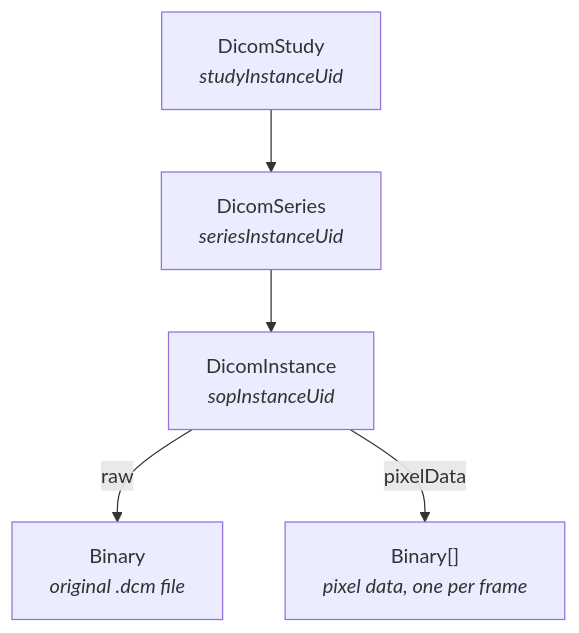
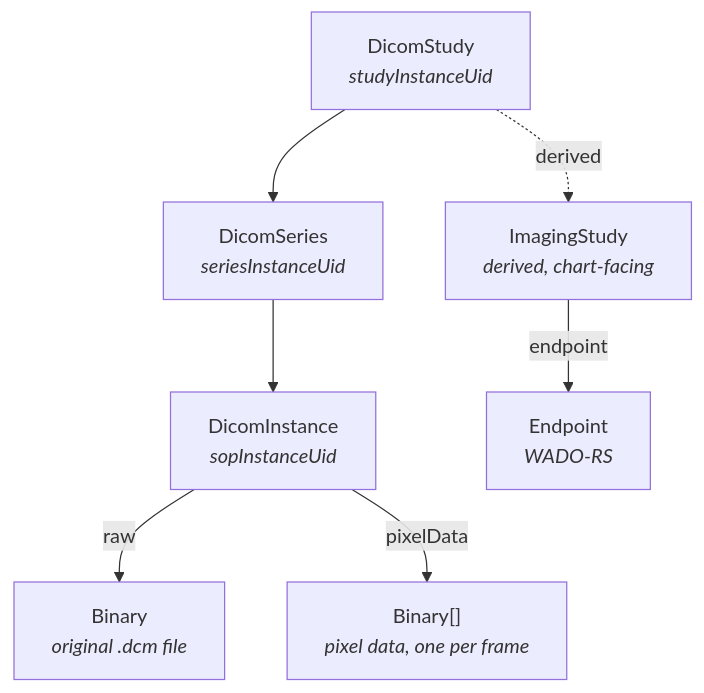
The diagram in packages/docs/docs/dicom/data-model.md (medplum/medplum), drawn with Mermaid before and after one commit. The commit also changed other lines of this file and 16 other files, not shown here.

````diff
--- a/packages/docs/docs/dicom/data-model.md
+++ b/packages/docs/docs/dicom/data-model.md
@@ -14,13 +18,17 @@
 ```mermaid
 flowchart TD
   Study["DicomStudy<br/><i>studyInstanceUid</i>"]
   Series["DicomSeries<br/><i>seriesInstanceUid</i>"]
   Instance["DicomInstance<br/><i>sopInstanceUid</i>"]
   Raw["Binary<br/><i>original .dcm file</i>"]
   Pixels["Binary[]<br/><i>pixel data, one per frame</i>"]
+  Imaging["ImagingStudy<br/><i>derived, chart-facing</i>"]
+  Endpoint["Endpoint<br/><i>WADO-RS</i>"]
 
   Study --> Series
   Series --> Instance
   Instance -- "raw" --> Raw
   Instance -- "pixelData" --> Pixels
+  Study -. "derived" .-> Imaging
+  Imaging -- "endpoint" --> Endpoint
 ```
````
